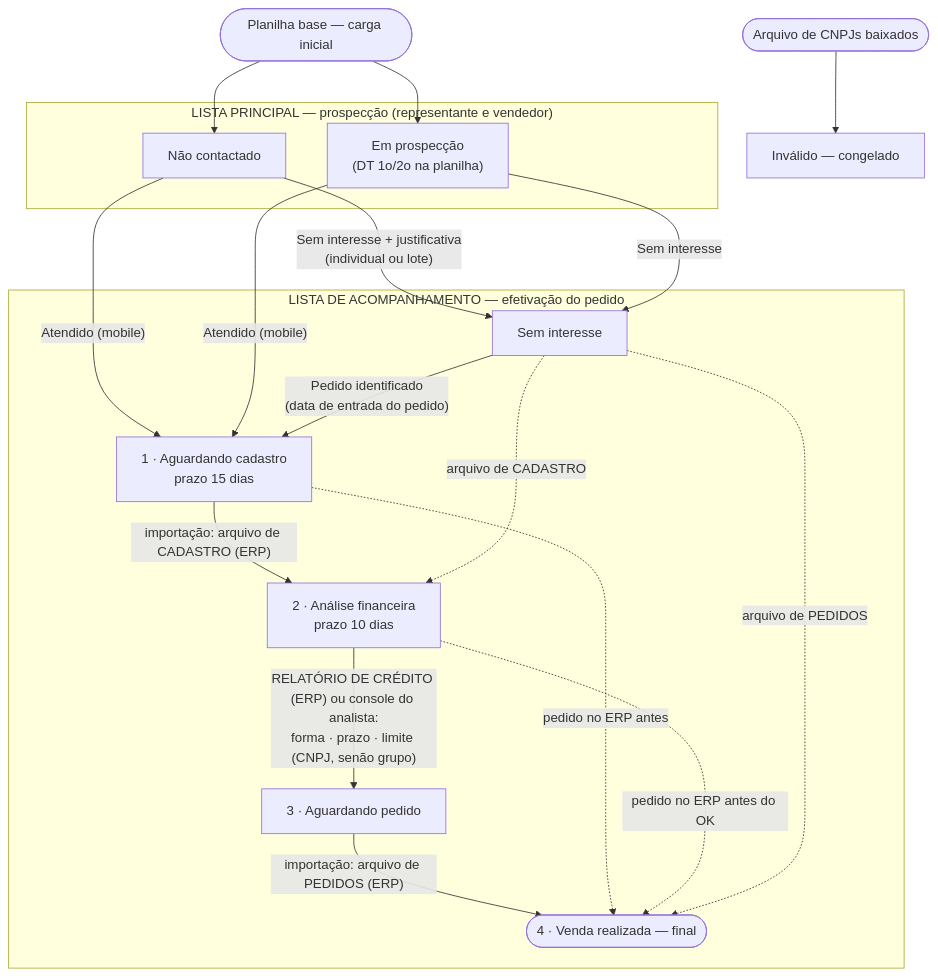
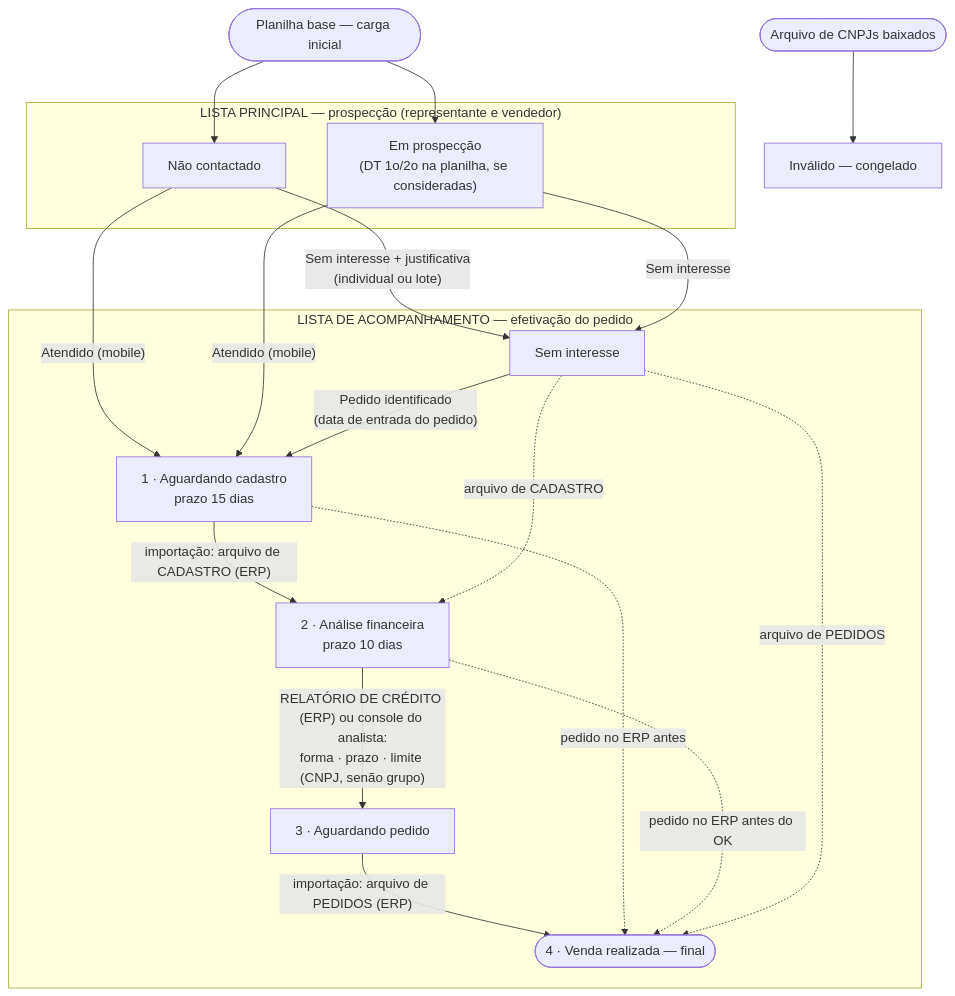
One commit to EquipeGF2/Germani_Prospect changed the diagram in docs/08-fluxo-processo.md. Above: the diagram before and after it, drawn with Mermaid. The commit also changed other lines of this file and 26 other files, not shown here.

````diff
--- a/docs/08-fluxo-processo.md
+++ b/docs/08-fluxo-processo.md
@@ -6,29 +6,29 @@
 ```mermaid
 flowchart TD
     BASE([Planilha base — carga inicial]) --> NC[Não contactado]
-    BASE --> EP["Em prospecção<br/>(DT 1o/2o na planilha)"]
+    BASE --> EP["Em prospecção<br/>(DT 1o/2o na planilha, se consideradas)"]
     subgraph LP [" LISTA PRINCIPAL — prospecção (representante e vendedor) "]
         NC
         EP
     end
     NC -- "Sem interesse + justificativa<br/>(individual ou lote)" --> SI[Sem interesse]
     EP -- "Sem interesse" --> SI
     NC -- "Atendido (mobile)" --> AC
     EP -- "Atendido (mobile)" --> AC
     subgraph ACOMP [" LISTA DE ACOMPANHAMENTO — efetivação do pedido "]
         AC["1 · Aguardando cadastro<br/>prazo 15 dias"]
         AF["2 · Análise financeira<br/>prazo 10 dias"]
         AP["3 · Aguardando pedido"]
         VR(["4 · Venda realizada — final"])
         SI
     end
     AC -- "importação: arquivo de CADASTRO (ERP)" --> AF
     AF -- "RELATÓRIO DE CRÉDITO (ERP) ou console do analista:<br/>forma · prazo · limite (CNPJ, senão grupo)" --> AP
     AP -- "importação: arquivo de PEDIDOS (ERP)" --> VR
     AC -. "pedido no ERP antes" .-> VR
     AF -. "pedido no ERP antes do OK" .-> VR
     SI -- "Pedido identificado<br/>(data de entrada do pedido)" --> AC
     SI -. "arquivo de CADASTRO" .-> AF
     SI -. "arquivo de PEDIDOS" .-> VR
     BX([Arquivo de CNPJs baixados]) --> INV[Inválido — congelado]
 ```
````
